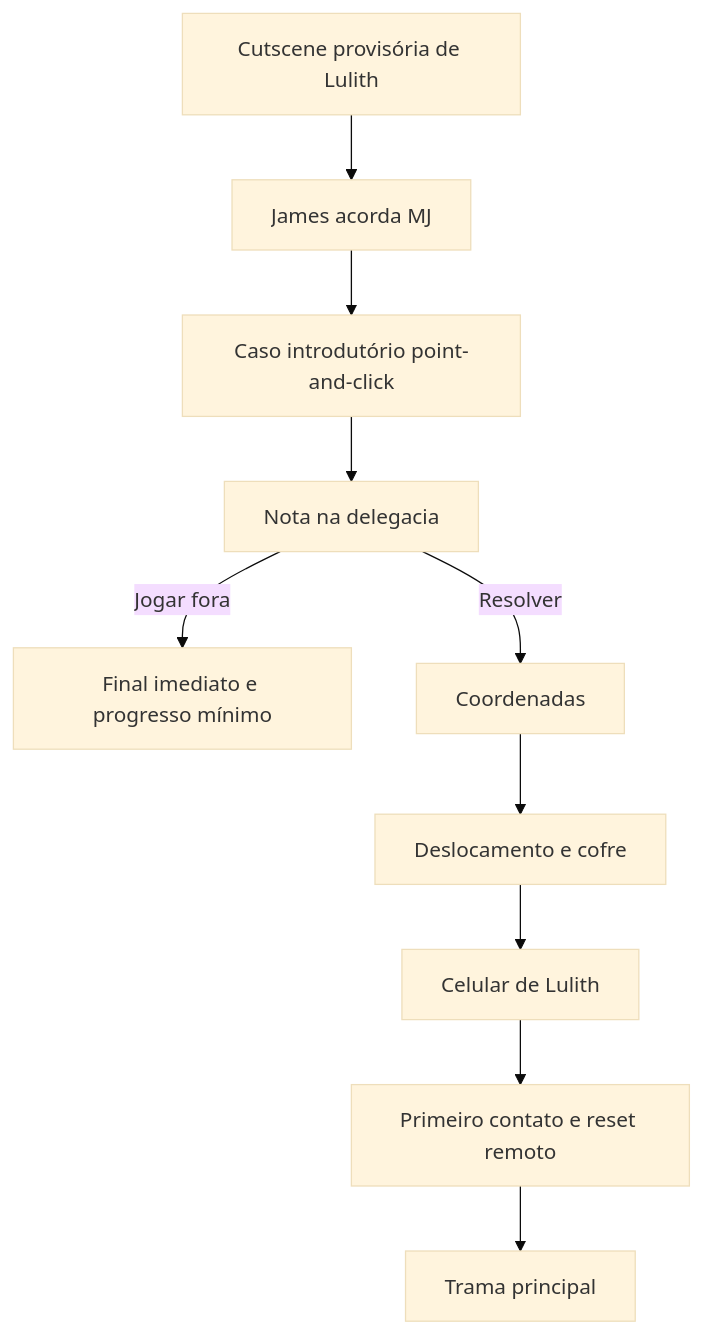
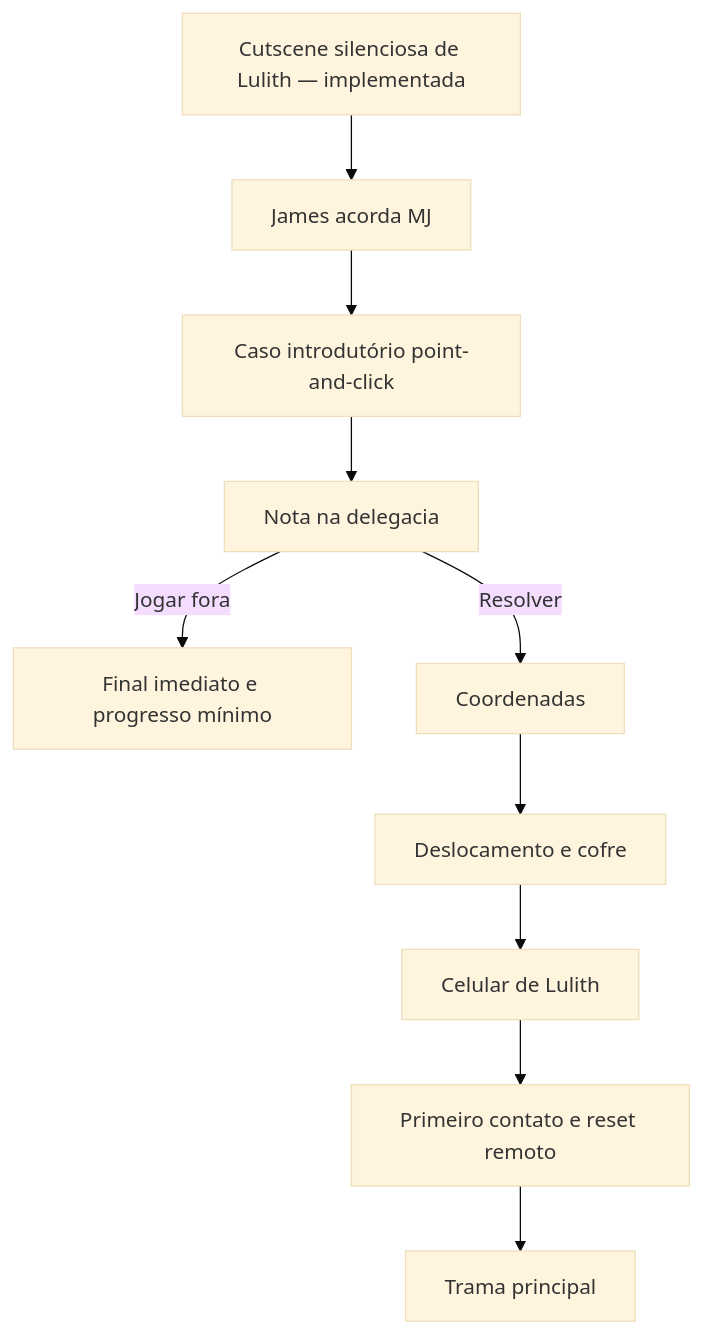
Before and after one commit to DanielFernandes-dev/sanmd: the first of 3 diagrams in ESTRUTURA_GAMING.md, drawn with Mermaid (base theme). The commit also changed other lines of this file and 26 other files, not shown here.

````diff
--- a/ESTRUTURA_GAMING.md
+++ b/ESTRUTURA_GAMING.md
@@ -92,12 +95,12 @@
 ```mermaid
 flowchart TD
-    A[Cutscene provisória de Lulith] --> B[James acorda MJ]
+    A[Cutscene silenciosa de Lulith — implementada] --> B[James acorda MJ]
     B --> C[Caso introdutório point-and-click]
     C --> D[Nota na delegacia]
     D -->|Jogar fora| E[Final imediato e progresso mínimo]
     D -->|Resolver| F[Coordenadas]
     F --> G[Deslocamento e cofre]
     G --> H[Celular de Lulith]
     H --> I[Primeiro contato e reset remoto]
     I --> J[Trama principal]
 ```
````
